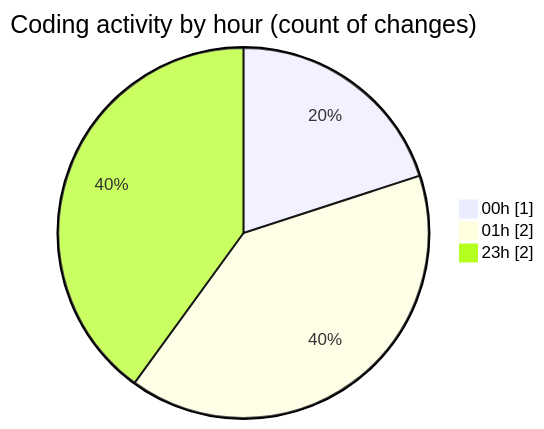
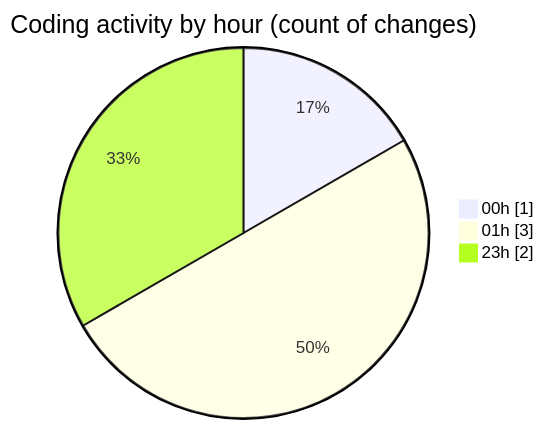
Before and after one commit to charlie-sans/code-tracking: the second of 2 diagrams in 2025-02-19/masm/README.md, drawn with Mermaid. The commit also changed other lines of this file and 1 other file, not shown here.

````diff
--- a/2025-02-19/masm/README.md
+++ b/2025-02-19/masm/README.md
@@ -29,7 +31,7 @@
 ```mermaid
 pie showData
 title Coding activity by hour (count of changes)
 "00h" : 1
-"01h" : 2
+"01h" : 3
 "23h" : 2
 ```
````
